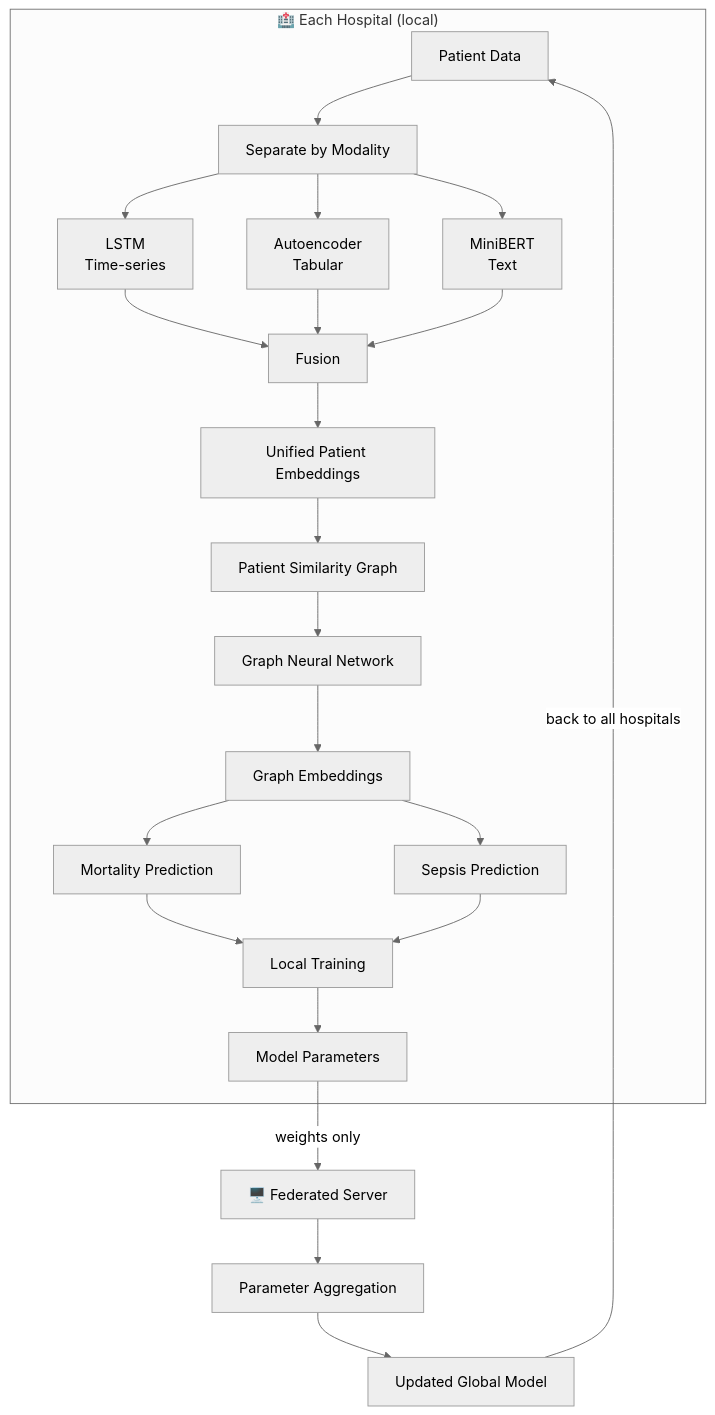
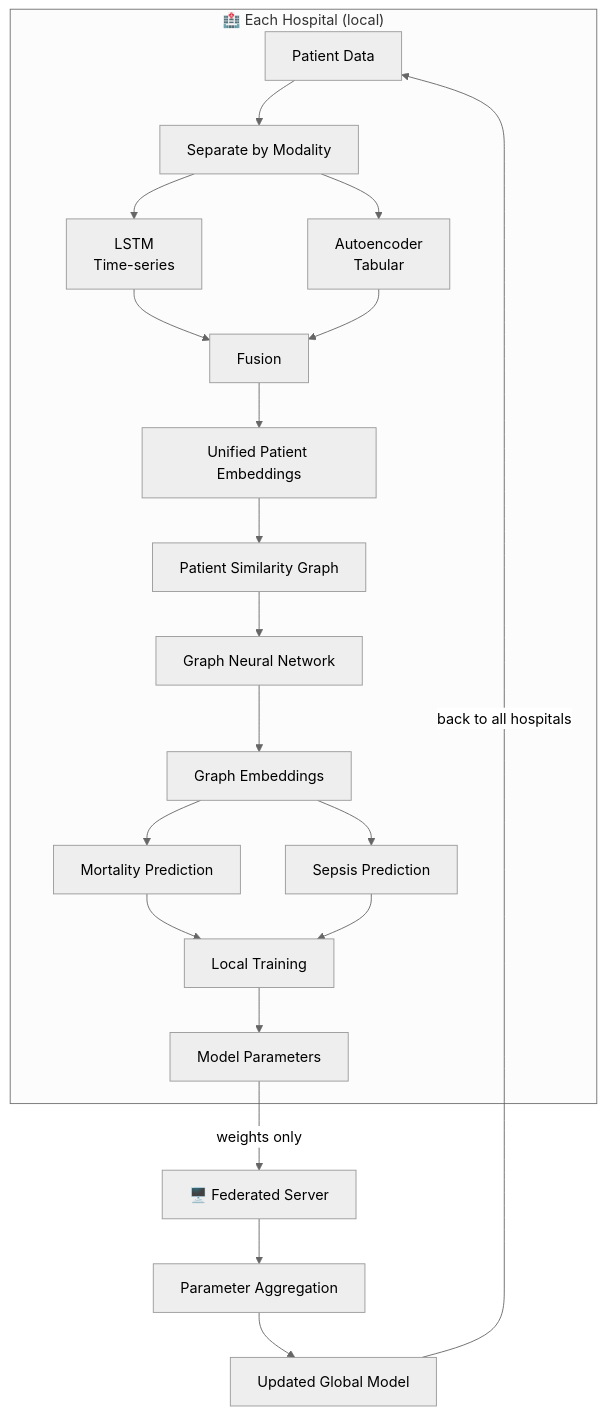
Before and after one commit to Patel-Menil/minorProject: the diagram in overview.md, drawn with Mermaid (neutral theme). The commit also changed other lines of this file and 54 other files, not shown here.

````diff
--- a/overview.md
+++ b/overview.md
@@ -178,26 +175,24 @@
 ```mermaid
 flowchart TD
     subgraph HOSP["🏥 Each Hospital (local)"]
         A["Patient Data"] --> B["Separate by Modality"]
         B --> C1["LSTM<br/>Time-series"]
         B --> C2["Autoencoder<br/>Tabular"]
-        B --> C3["MiniBERT<br/>Text"]
         C1 --> D["Fusion"]
         C2 --> D
-        C3 --> D
         D --> E["Unified Patient Embeddings"]
         E --> F["Patient Similarity Graph"]
         F --> G["Graph Neural Network"]
         G --> H["Graph Embeddings"]
         H --> I1["Mortality Prediction"]
         H --> I2["Sepsis Prediction"]
         I1 --> J["Local Training"]
         I2 --> J
         J --> K["Model Parameters"]
     end
 
     K -->|"weights only"| S["🖥️ Federated Server"]
     S --> AGG["Parameter Aggregation"]
     AGG --> GM["Updated Global Model"]
     GM -->|"back to all hospitals"| A
 ```
````
